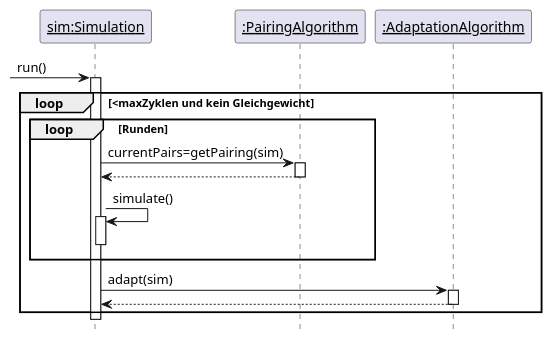
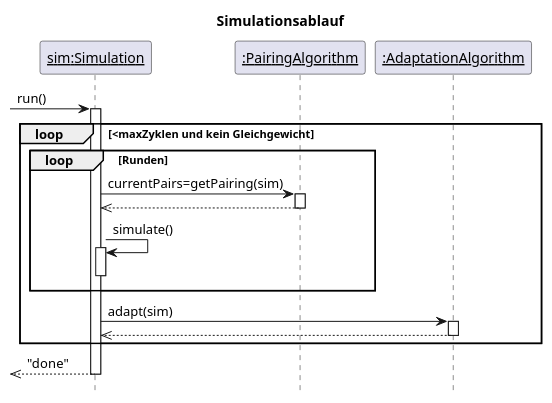
The diagram in Entwurf/Diagramme/Sequenzdiagramme/sequenz_simulation.puml (max-97/pse), drawn with PlantUML before and after one commit. The commit also changed 1 other file, not shown here.

Commit message:
Sequenzdiagramme überarbeitet

```diff
--- a/Entwurf/Diagramme/Sequenzdiagramme/sequenz_simulation.puml
+++ b/Entwurf/Diagramme/Sequenzdiagramme/sequenz_simulation.puml
@@ -1,32 +1,33 @@
 @startuml
+title Simulationsablauf
 skinparam sequenceParticipant underline
 hide footbox
 
 
 participant "sim:Simulation" as A
 participant ":PairingAlgorithm" as B
 participant ":AdaptationAlgorithm" as C
 
  -> A: run()
 activate A
 
 loop <maxZyklen und kein Gleichgewicht
   loop Runden
   A -> B: currentPairs=getPairing(sim)
   activate B
-  A <-- B
+  A <<-- B
   deactivate B
   A -> A: simulate()
   activate A
   deactivate A
   end
   A -> C: adapt(sim)
   activate C
-  A <-- C
+  A <<-- C
   deactivate C
 end
 
+ <<-- A: "done"
 deactivate A
 
-
 @enduml
```
